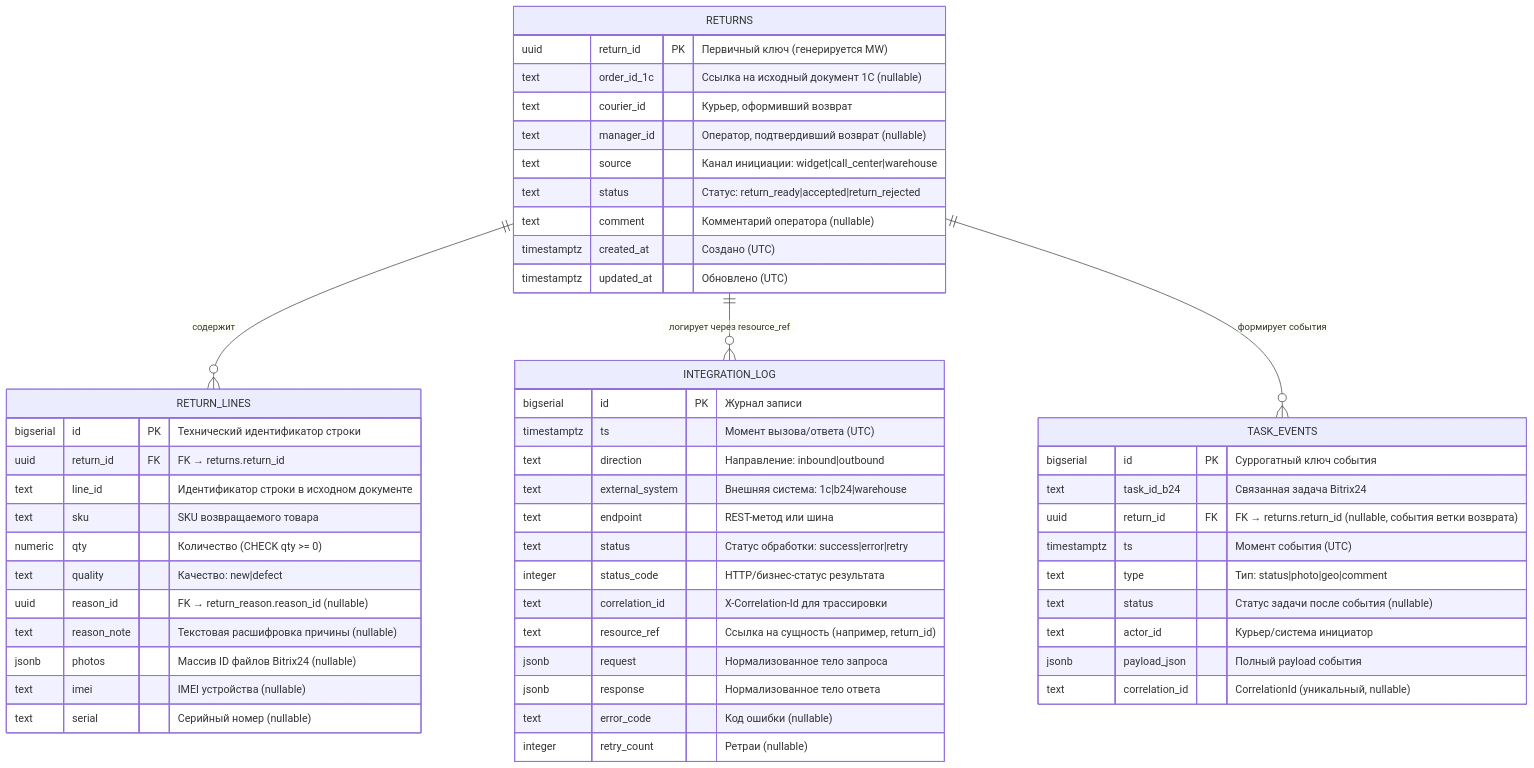
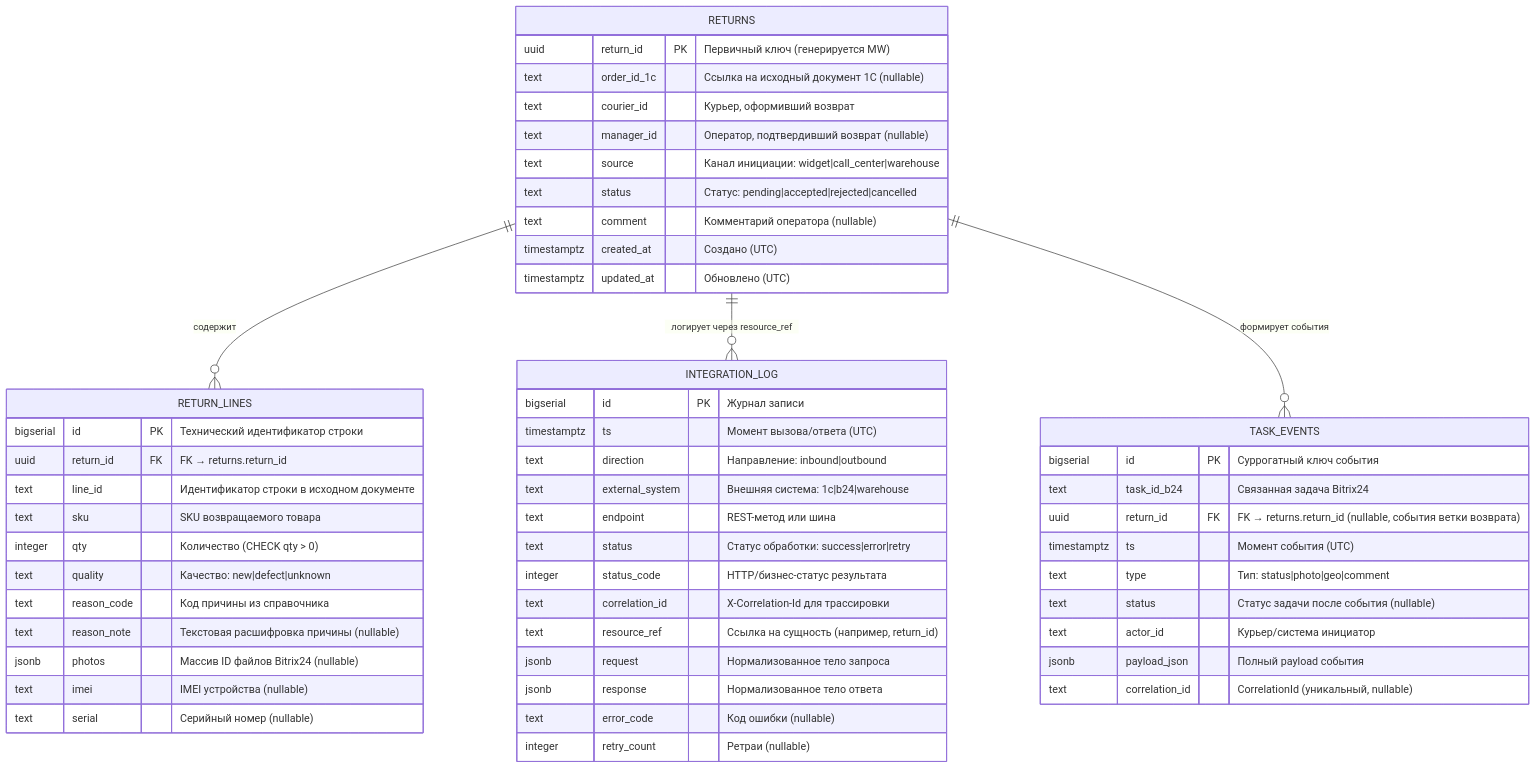
One commit to Offonika/mastermobile changed the diagram in docs/data/erd.mmd. Above: the diagram before and after it, drawn with Mermaid. The commit also changed 6 other files, not shown here.

Commit message:
feat(db): align return schema with api contract

```diff
--- a/docs/data/erd.mmd
+++ b/docs/data/erd.mmd
@@ -1,59 +1,59 @@
 erDiagram
     %% Возвраты и связанные артефакты наблюдаемости
     RETURNS {
         uuid return_id PK "Первичный ключ (генерируется MW)"
         text order_id_1c "Ссылка на исходный документ 1С (nullable)"
         text courier_id "Курьер, оформивший возврат"
         text manager_id "Оператор, подтвердивший возврат (nullable)"
         text source "Канал инициации: widget|call_center|warehouse"
-        text status "Статус: return_ready|accepted|return_rejected"
+        text status "Статус: pending|accepted|rejected|cancelled"
         text comment "Комментарий оператора (nullable)"
         timestamptz created_at "Создано (UTC)"
         timestamptz updated_at "Обновлено (UTC)"
     }
 
     RETURN_LINES {
         bigserial id PK "Технический идентификатор строки"
         uuid return_id FK "FK → returns.return_id"
         text line_id "Идентификатор строки в исходном документе"
         text sku "SKU возвращаемого товара"
-        numeric qty "Количество (CHECK qty >= 0)"
-        text quality "Качество: new|defect"
-        uuid reason_id "FK → return_reason.reason_id (nullable)"
+        integer qty "Количество (CHECK qty > 0)"
+        text quality "Качество: new|defect|unknown"
+        text reason_code "Код причины из справочника"
         text reason_note "Текстовая расшифровка причины (nullable)"
         jsonb photos "Массив ID файлов Bitrix24 (nullable)"
         text imei "IMEI устройства (nullable)"
         text serial "Серийный номер (nullable)"
     }
 
     INTEGRATION_LOG {
         bigserial id PK "Журнал записи"
         timestamptz ts "Момент вызова/ответа (UTC)"
         text direction "Направление: inbound|outbound"
         text external_system "Внешняя система: 1c|b24|warehouse"
         text endpoint "REST-метод или шина"
         text status "Статус обработки: success|error|retry"
         integer status_code "HTTP/бизнес-статус результата"
         text correlation_id "X-Correlation-Id для трассировки"
         text resource_ref "Ссылка на сущность (например, return_id)"
         jsonb request "Нормализованное тело запроса"
         jsonb response "Нормализованное тело ответа"
         text error_code "Код ошибки (nullable)"
         integer retry_count "Ретраи (nullable)"
     }
 
     TASK_EVENTS {
         bigserial id PK "Суррогатный ключ события"
         text task_id_b24 "Связанная задача Bitrix24"
         uuid return_id FK "FK → returns.return_id (nullable, события ветки возврата)"
         timestamptz ts "Момент события (UTC)"
         text type "Тип: status|photo|geo|comment"
         text status "Статус задачи после события (nullable)"
         text actor_id "Курьер/система инициатор"
         jsonb payload_json "Полный payload события"
         text correlation_id "CorrelationId (уникальный, nullable)"
     }
 
     RETURNS ||--o{ RETURN_LINES : "содержит"
     RETURNS ||--o{ INTEGRATION_LOG : "логирует через resource_ref"
     RETURNS ||--o{ TASK_EVENTS : "формирует события"
```
